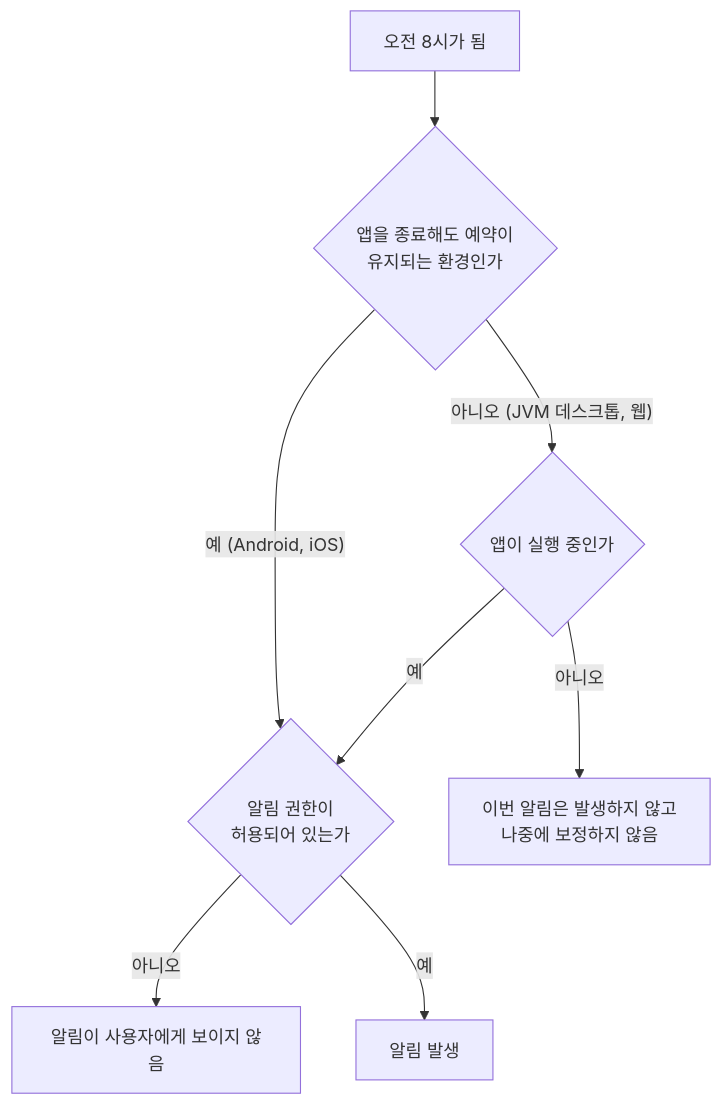
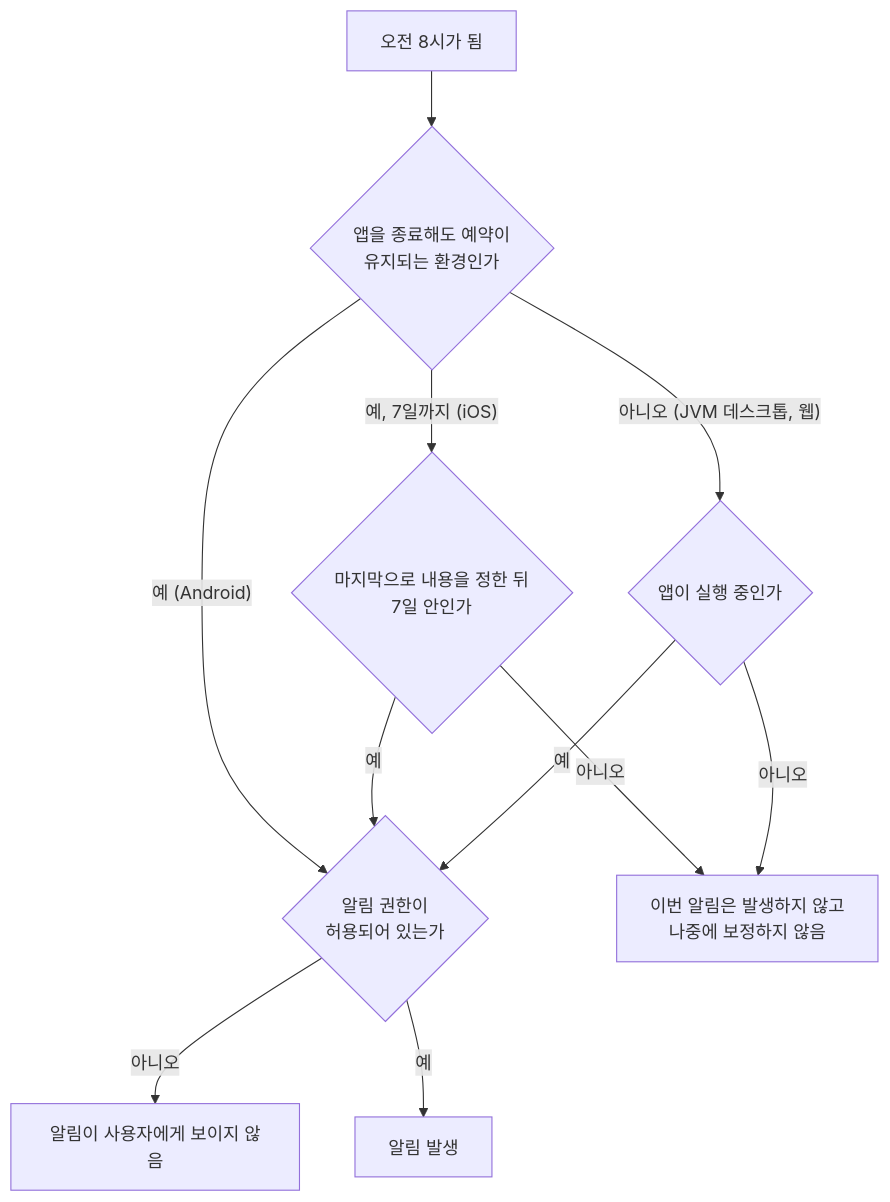
Before and after one commit to taetae98coding/DiaryKMP: the second of 2 diagrams in docs/spec/daily-memo-notification.md, drawn with Mermaid. The commit also changed other lines of this file and 2 other files, not shown here.

````diff
--- a/docs/spec/daily-memo-notification.md
+++ b/docs/spec/daily-memo-notification.md
@@ -104,10 +111,13 @@
 ```mermaid
 flowchart TD
     Start["오전 8시가 됨"] --> Keep{"앱을 종료해도 예약이<br/>유지되는 환경인가"}
-    Keep -- "예 (Android, iOS)" --> Permission
+    Keep -- "예 (Android)" --> Permission
+    Keep -- "예, 7일까지 (iOS)" --> Within{"마지막으로 내용을 정한 뒤<br/>7일 안인가"}
+    Within -- 아니오 --> Skip
+    Within -- 예 --> Permission
     Keep -- "아니오 (JVM 데스크톱, 웹)" --> Running{"앱이 실행 중인가"}
     Running -- 아니오 --> Skip["이번 알림은 발생하지 않고<br/>나중에 보정하지 않음"]
     Running -- 예 --> Permission{"알림 권한이<br/>허용되어 있는가"}
     Permission -- 아니오 --> Hidden["알림이 사용자에게 보이지 않음"]
     Permission -- 예 --> Notify["알림 발생"]
 ```
````
